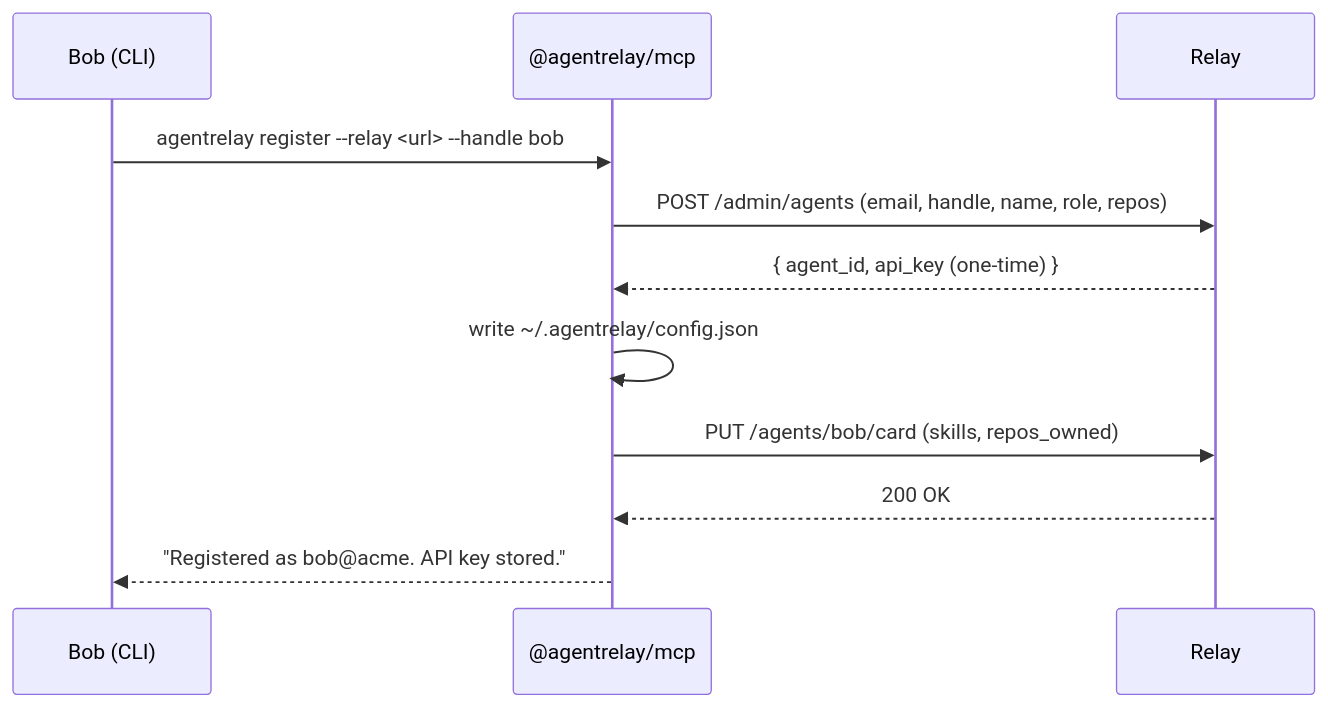
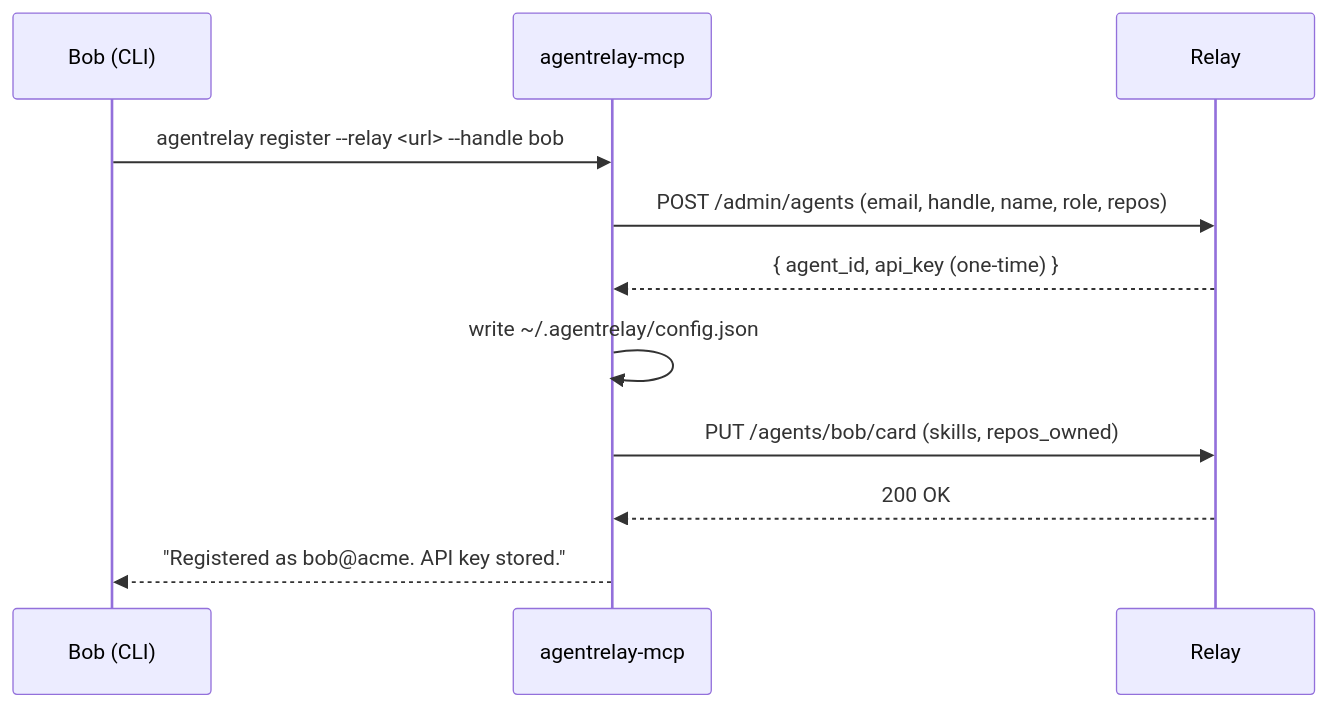
Before and after one commit to swayamg20/AgentRelay: the first of 7 diagrams in docs/hld.md, drawn with Mermaid. The commit also changed other lines of this file and 11 other files, not shown here.

First line of the commit message:
chore: rename @agentrelay/mcp -> agentrelay-mcp (unscoped)

````diff
--- a/docs/hld.md
+++ b/docs/hld.md
@@ -343,14 +343,14 @@
 ```mermaid
 sequenceDiagram
     participant Bob as Bob (CLI)
-    participant MCP as @agentrelay/mcp
+    participant MCP as agentrelay-mcp
     participant Relay
 
     Bob->>MCP: agentrelay register --relay <url> --handle bob
     MCP->>Relay: POST /admin/agents (email, handle, name, role, repos)
     Relay-->>MCP: { agent_id, api_key (one-time) }
     MCP->>MCP: write ~/.agentrelay/config.json
     MCP->>Relay: PUT /agents/bob/card (skills, repos_owned)
     Relay-->>MCP: 200 OK
     MCP-->>Bob: "Registered as bob@acme. API key stored."
 ```
````
